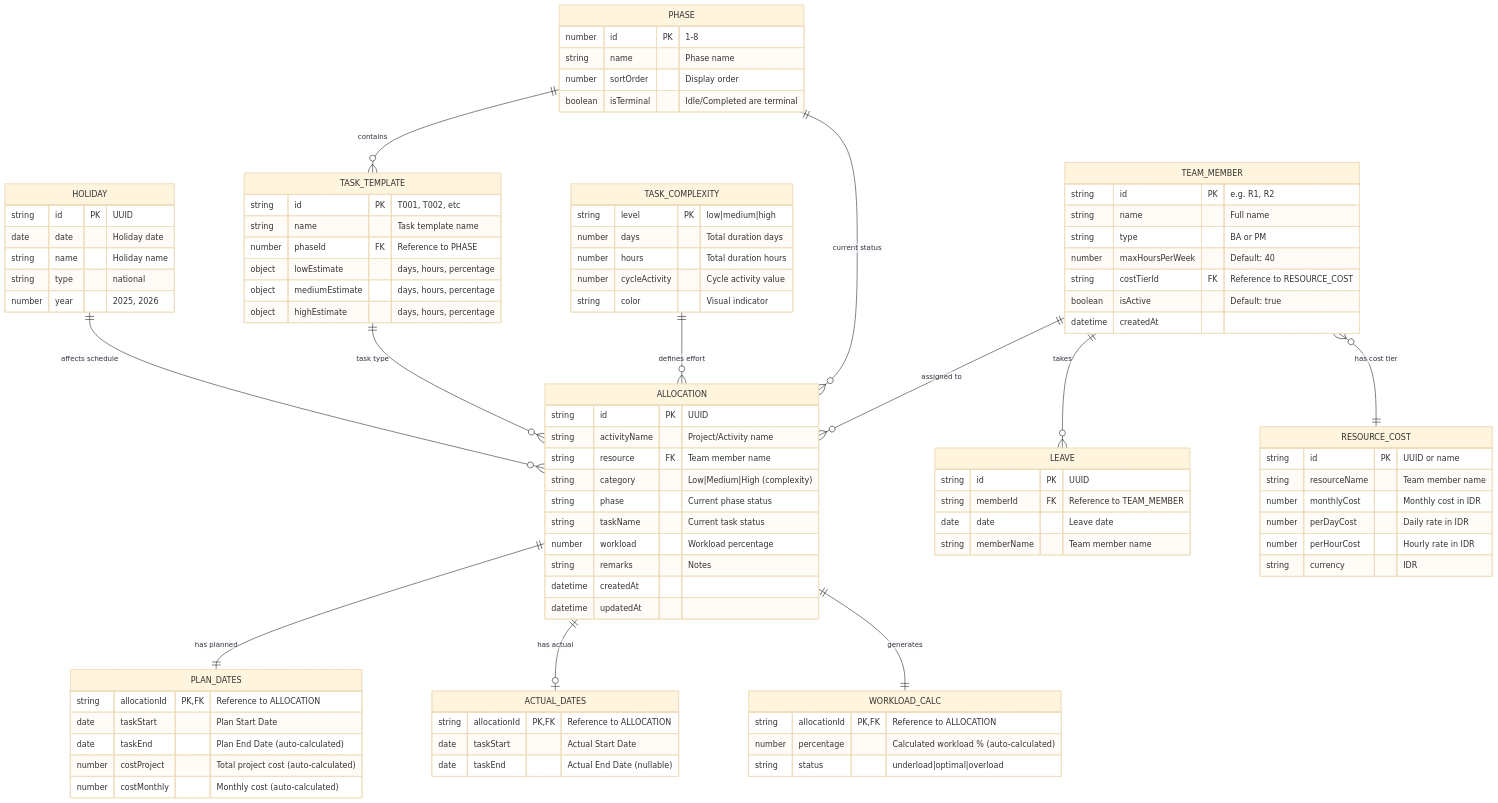
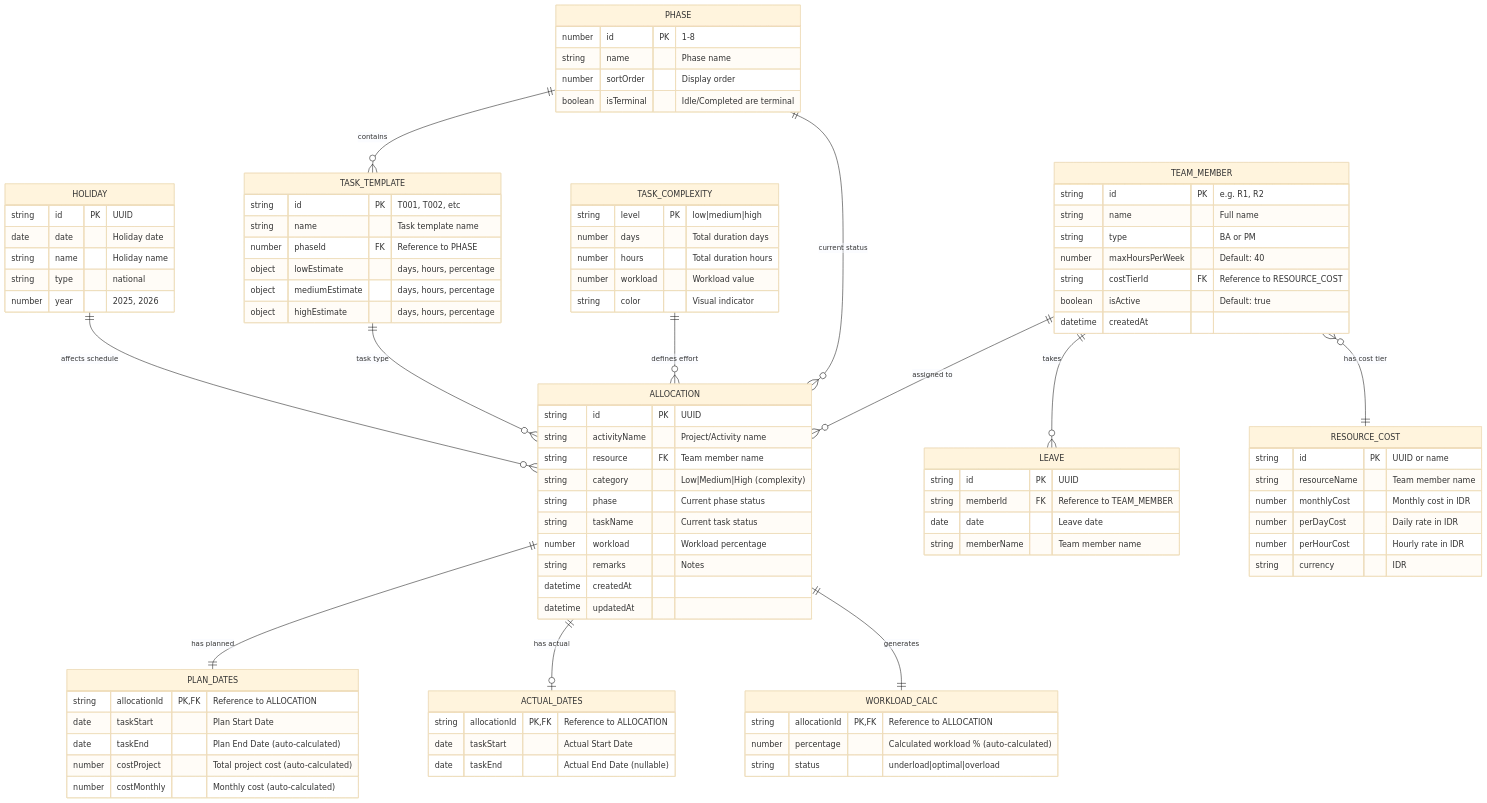
One commit to yoshiafk/workload-management changed the first of 10 diagrams in docs/ARCHITECTURE.md. Above: the diagram before and after it, drawn with Mermaid (base theme). The commit also changed other lines of this file and 23 other files, not shown here.

```diff
--- a/docs/ARCHITECTURE.md
+++ b/docs/ARCHITECTURE.md
@@ -112,7 +112,7 @@
         string level PK "low|medium|high"
         number days "Total duration days"
         number hours "Total duration hours"
-        number cycleActivity "Cycle activity value"
+        number workload "Workload value"
         string color "Visual indicator"
     }
 
```
